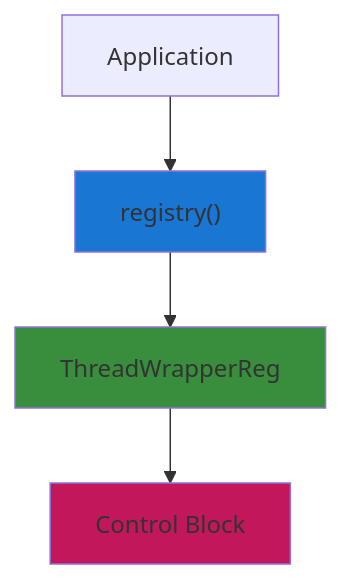
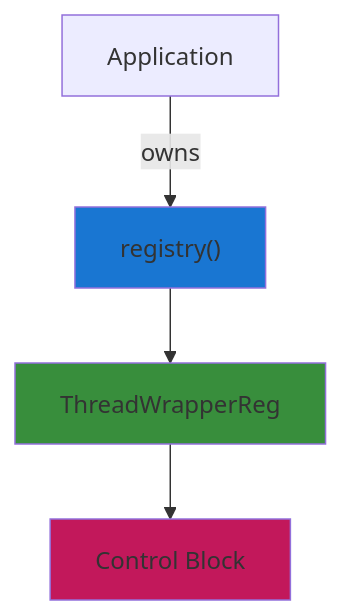
Before and after one commit to Katze719/ThreadSchedule: the second of 5 diagrams in docs/REGISTRY.md, drawn with Mermaid. The commit also changed other lines of this file, not shown here.

First line of the commit message:
Update REGISTRY.md diagrams to clarify ownership relationships

````diff
--- a/docs/REGISTRY.md
+++ b/docs/REGISTRY.md
@@ -96,19 +96,19 @@
 ```mermaid
 graph TD
     A[Application]
     D1["registry()"]
     T1[ThreadWrapperReg]
     CB1["Control Block"]
 
-    A --> D1
+    A --> |owns| D1
     D1 --> T1
     T1 --> CB1
 
     classDef registry fill:#1976d2
     classDef controlBlock fill:#c2185b
     classDef wrapper fill:#388e3c
 
     class D1 registry
     class CB1 controlBlock
     class T1 wrapper
 ```
````
